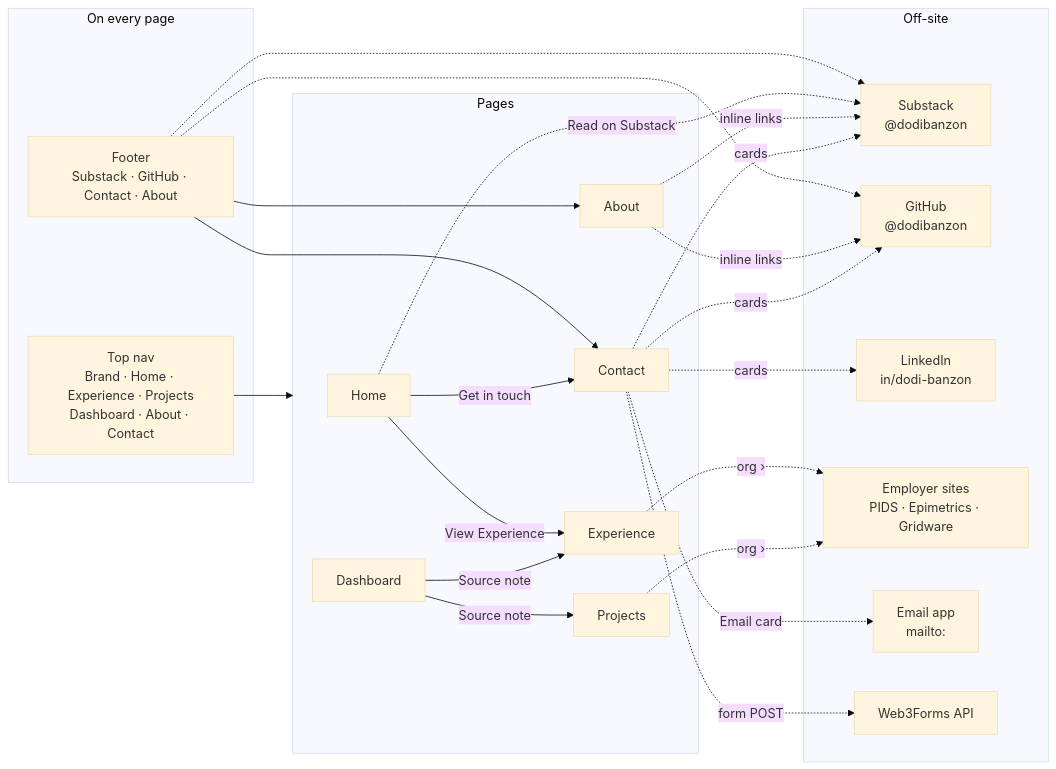
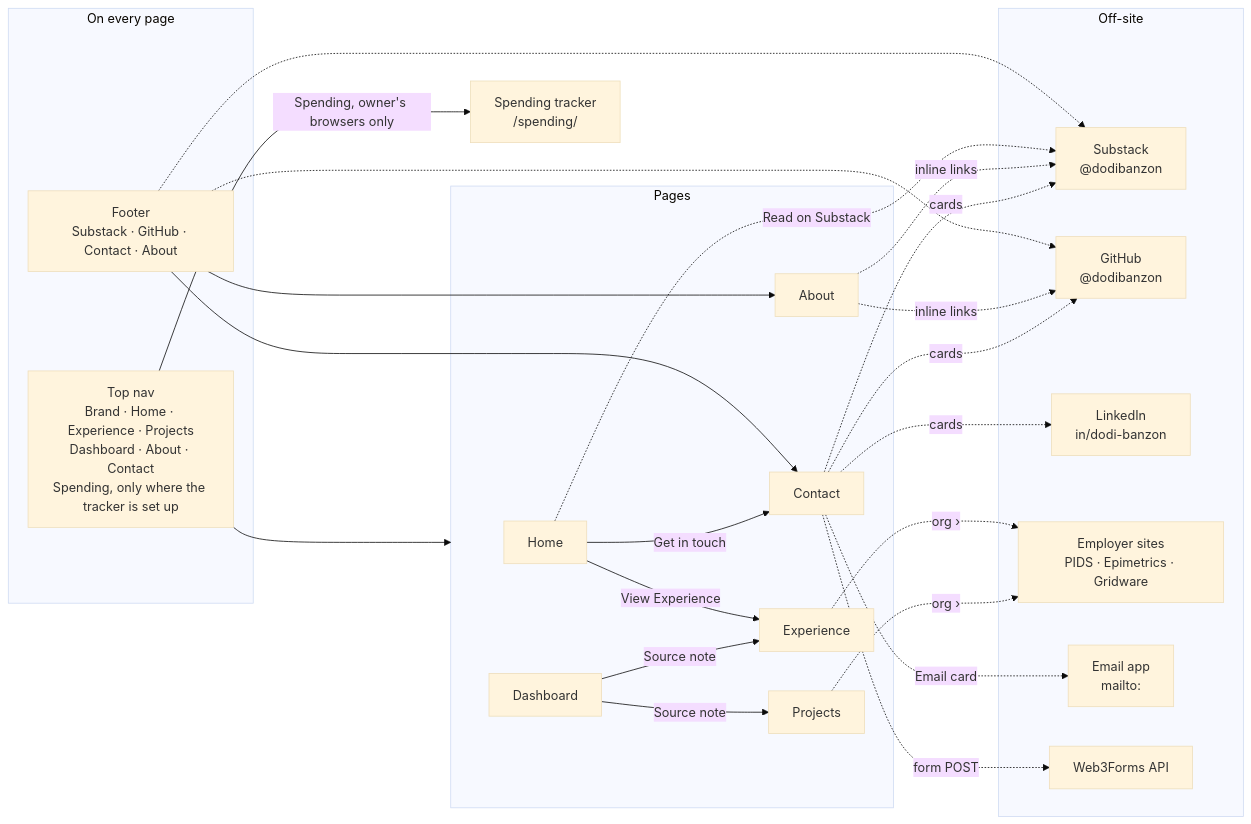
Before and after one commit to dodibanzon/dodibanzon.github.io: the second of 9 diagrams in WEBFLOW.md, drawn with Mermaid (base theme). The commit also changed other lines of this file and 3 other files, not shown here.

First line of the commit message:
Lock the spending tracker and link it from the nav on your devices (#14)

````diff
--- a/WEBFLOW.md
+++ b/WEBFLOW.md
@@ -59,46 +59,49 @@
 ```mermaid
 flowchart LR
   subgraph chrome["On every page"]
-    nav["Top nav<br>Brand · Home · Experience · Projects<br>Dashboard · About · Contact"]
+    nav["Top nav<br>Brand · Home · Experience · Projects<br>Dashboard · About · Contact<br>Spending, only where the tracker is set up"]
     foot["Footer<br>Substack · GitHub · Contact · About"]
   end
 
   subgraph pages["Pages"]
     home["Home"]
     exp["Experience"]
     proj["Projects"]
     dash["Dashboard"]
     about["About"]
     contact["Contact"]
   end
 
   subgraph off["Off-site"]
     substack["Substack<br>@dodibanzon"]
     github["GitHub<br>@dodibanzon"]
     linkedin["LinkedIn<br>in/dodi-banzon"]
     orgs["Employer sites<br>PIDS · Epimetrics · Gridware"]
     mail["Email app<br>mailto:"]
     w3f["Web3Forms API"]
   end
 
+  spend["Spending tracker<br>/spending/"]
+
   nav --> pages
+  nav -- "Spending, owner's browsers only" --> spend
   foot --> about
   foot --> contact
   foot -.-> substack
   foot -.-> github
 
   home -- "View Experience" --> exp
   home -- "Get in touch" --> contact
   home -. "Read on Substack" .-> substack
   dash -- "Source note" --> exp
   dash -- "Source note" --> proj
   exp -. "org ›" .-> orgs
   proj -. "org ›" .-> orgs
   about -. "inline links" .-> github
   about -. "inline links" .-> substack
   contact -. "cards" .-> github
   contact -. "cards" .-> substack
   contact -. "cards" .-> linkedin
   contact -. "Email card" .-> mail
   contact -. "form POST" .-> w3f
 ```
````
